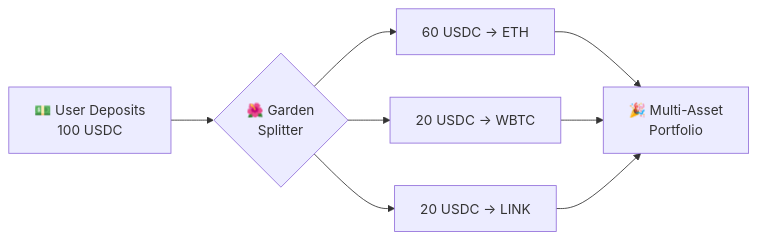
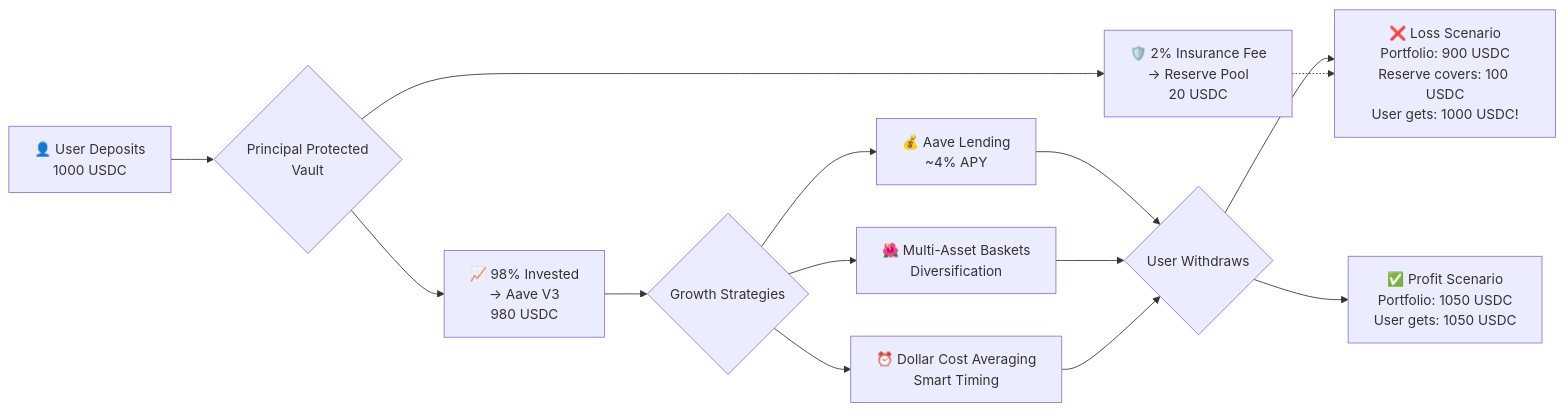
One commit to anxbt/Blokathon-Foundry changed the diagram in README.md. Above: the diagram before and after it, drawn with Mermaid. The commit also changed other lines of this file and 10 other files, not shown here.

Commit message:
feat: Introduce Principal Protected Vault (PPV) system with Aave V3 integration, adding core contracts, tests, and deployment scripts, updating documentation, and removing the old router setup guide.

````diff
--- a/README.md
+++ b/README.md
@@ -107,10 +53,21 @@
 ```mermaid
 flowchart LR
-    A[💵 User Deposits<br/>100 USDC] --> B{🌺 Garden<br/>Splitter}
-    B --> C[60 USDC → ETH]
-    B --> D[20 USDC → WBTC]
-    B --> E[20 USDC → LINK]
-    C --> F[🎉 Multi-Asset<br/>Portfolio]
-    D --> F
-    E --> F
+    A[👤 User Deposits<br/>1000 USDC] --> B{Principal Protected<br/>Vault}
+    
+    B --> C[🛡️ 2% Insurance Fee<br/>→ Reserve Pool<br/>20 USDC]
+    B --> D[📈 98% Invested<br/>→ Aave V3<br/>980 USDC]
+    
+    D --> E{Growth Strategies}
+    E --> F[💰 Aave Lending<br/>~4% APY]
+    E --> G[🌺 Multi-Asset Baskets<br/>Diversification]
+    E --> H[⏰ Dollar Cost Averaging<br/>Smart Timing]
+    
+    F --> I{User Withdraws}
+    G --> I
+    H --> I
+    
+    I --> J[✅ Profit Scenario<br/>Portfolio: 1050 USDC<br/>User gets: 1050 USDC]
+    I --> K[❌ Loss Scenario<br/>Portfolio: 900 USDC<br/>Reserve covers: 100 USDC<br/>User gets: 1000 USDC!]
+    
+    C -.-> K
 ```
````
